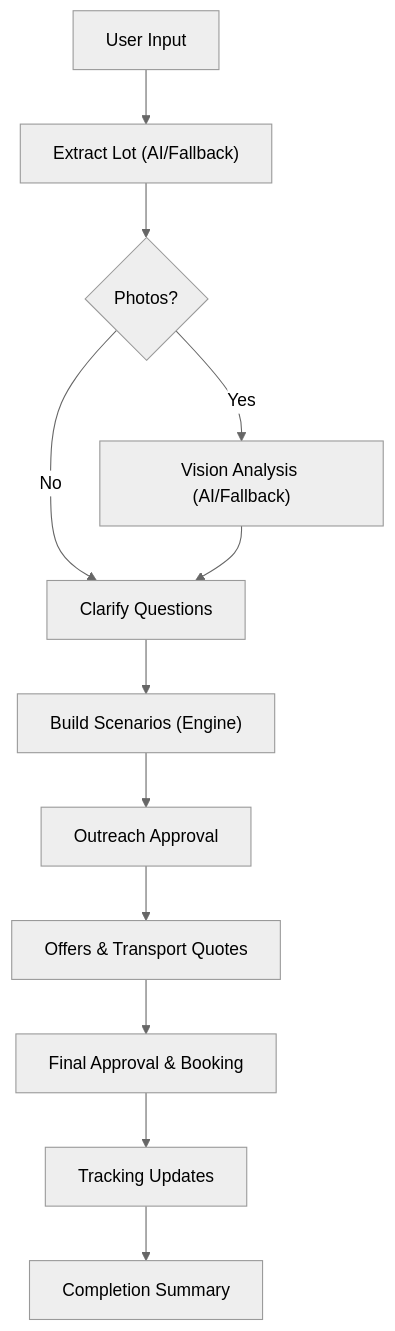
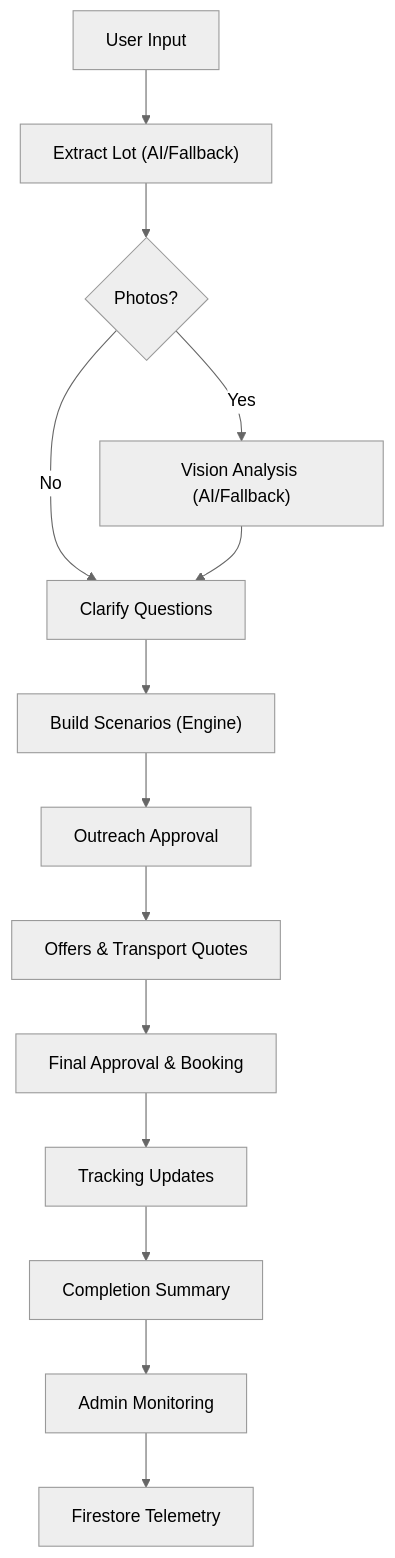
The ninth of 10 diagrams in .qoder/repowiki/en/content/Architecture Overview/Architecture Overview.md (MudassarAbrar/FreshRoute-Ai), drawn with Mermaid (neutral theme) before and after one commit. The commit also changed other lines of this file and 10 other files, not shown here.

````diff
--- a/.qoder/repowiki/en/content/Architecture Overview/Architecture Overview.md
+++ b/.qoder/repowiki/en/content/Architecture Overview/Architecture Overview.md
@@ -341,14 +494,16 @@
 ```mermaid
 flowchart TD
 U["User Input"] --> X["Extract Lot (AI/Fallback)"]
 X --> V{"Photos?"}
 V -- Yes --> G["Vision Analysis (AI/Fallback)"]
 V -- No --> Q["Clarify Questions"]
 G --> Q
 Q --> S["Build Scenarios (Engine)"]
 S --> A["Outreach Approval"]
 A --> O["Offers & Transport Quotes"]
 O --> T["Final Approval & Booking"]
 T --> K["Tracking Updates"]
 K --> Y["Completion Summary"]
+Y --> M["Admin Monitoring"]
+M --> FC["Firestore Telemetry"]
 ```
````
